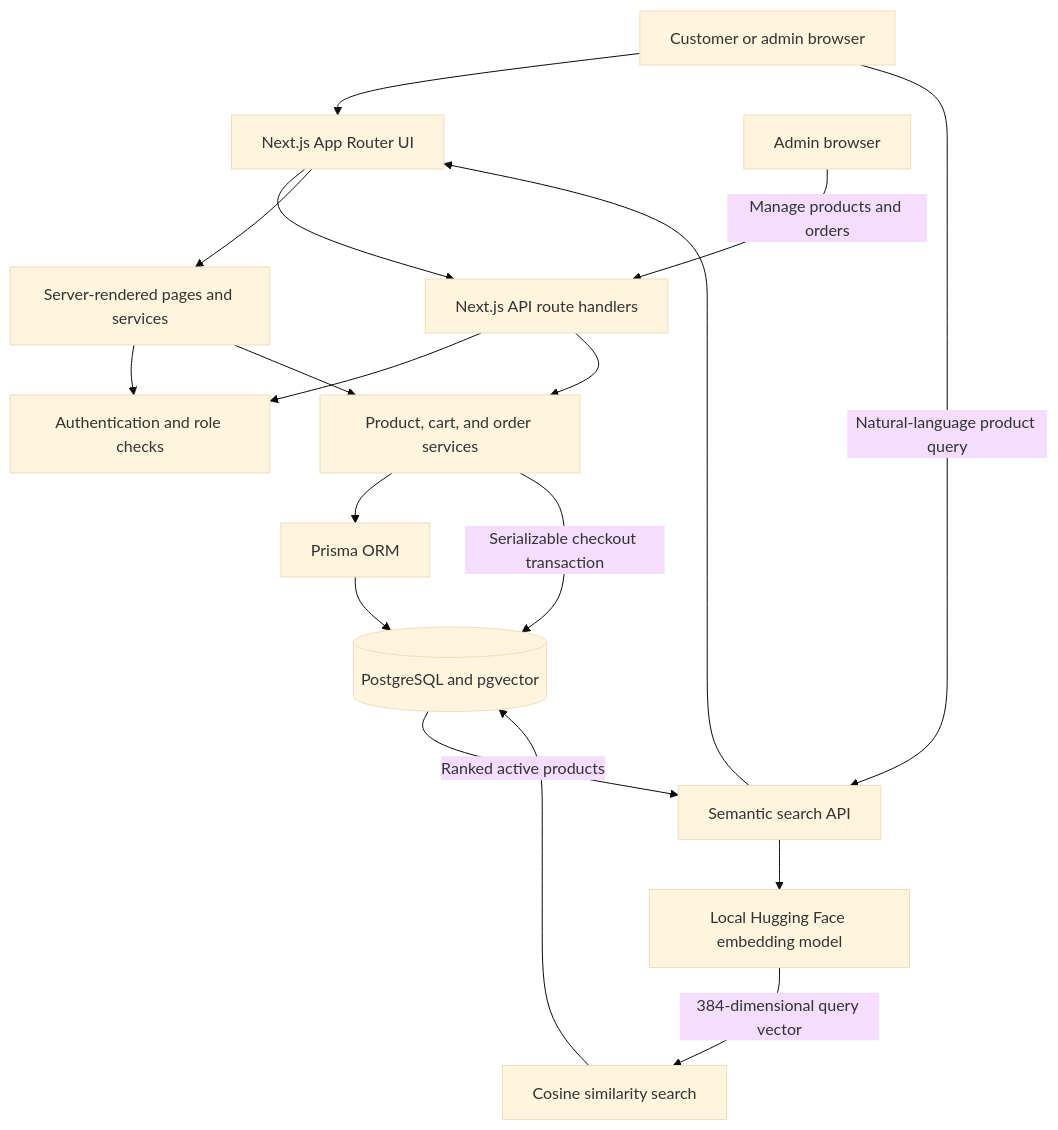
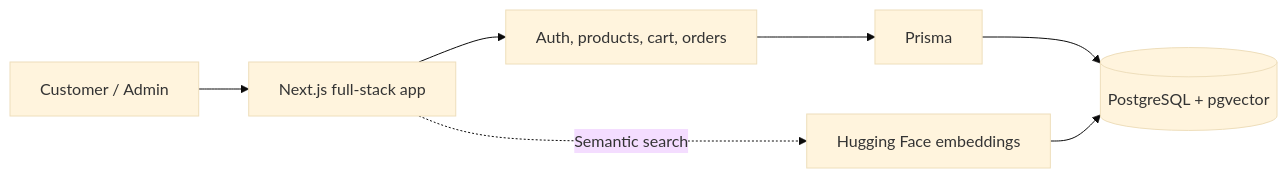
Before and after one commit to proindra/DBMS_mini_project: the diagram in README.md, drawn with Mermaid (base theme). The commit also changed other lines of this file, not shown here.

Commit message:
Simplify README architecture diagram

````diff
--- a/README.md
+++ b/README.md
@@ -99,22 +99,9 @@
 ```mermaid
-flowchart TD
-    Customer[Customer or admin browser] --> UI[Next.js App Router UI]
-    UI --> Routes[Next.js API route handlers]
-    UI --> Server[Server-rendered pages and services]
-    Routes --> Auth[Authentication and role checks]
-    Routes --> Services[Product, cart, and order services]
-    Server --> Auth
-    Server --> Services
-    Services --> Prisma[Prisma ORM]
-    Prisma --> DB[(PostgreSQL and pgvector)]
-
-    Customer -->|Natural-language product query| SemanticAPI[Semantic search API]
-    SemanticAPI --> Embed[Local Hugging Face embedding model]
-    Embed -->|384-dimensional query vector| Similarity[Cosine similarity search]
-    Similarity --> DB
-    DB -->|Ranked active products| SemanticAPI
-    SemanticAPI --> UI
-
-    Admin[Admin browser] -->|Manage products and orders| Routes
-    Services -->|Serializable checkout transaction| DB
+flowchart LR
+    Browser[Customer / Admin] --> App[Next.js full-stack app]
+    App --> Services[Auth, products, cart, orders]
+    Services --> ORM[Prisma]
+    ORM --> Database[(PostgreSQL + pgvector)]
+    App -. Semantic search .-> Embeddings[Hugging Face embeddings]
+    Embeddings --> Database
 ```
````
